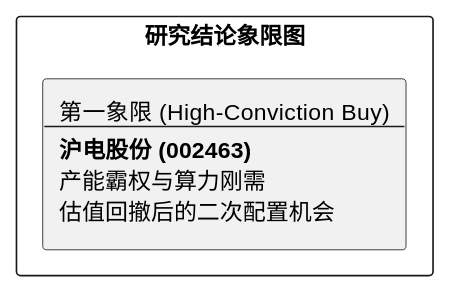
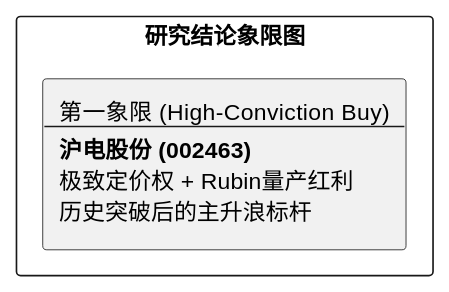
One commit to hrzzzrh/QuantPyLab changed the diagram in investigation/equities/沪电股份/reports/研报章节七：投资摘要与风险因素.md. Above: the diagram before and after it, drawn with PlantUML. The commit also changed other lines of this file and 34 other files, not shown here.

````diff
--- a/investigation/equities/沪电股份/reports/研报章节七：投资摘要与风险因素.md
+++ b/investigation/equities/沪电股份/reports/研报章节七：投资摘要与风险因素.md
@@ -24,7 +24,7 @@
 ```plantuml
 @startuml
 rectangle "研究结论象限图" {
-    rectangle "第一象限 (High-Conviction Buy)\n--\n**沪电股份 (002463)**\n产能霸权与算力刚需\n估值回撤后的二次配置机会" as Q1
+    rectangle "第一象限 (High-Conviction Buy)\n--\n**沪电股份 (002463)**\n极致定价权 + Rubin量产红利\n历史突破后的主升浪标杆" as Q1
 }
 @enduml
 ```
````
